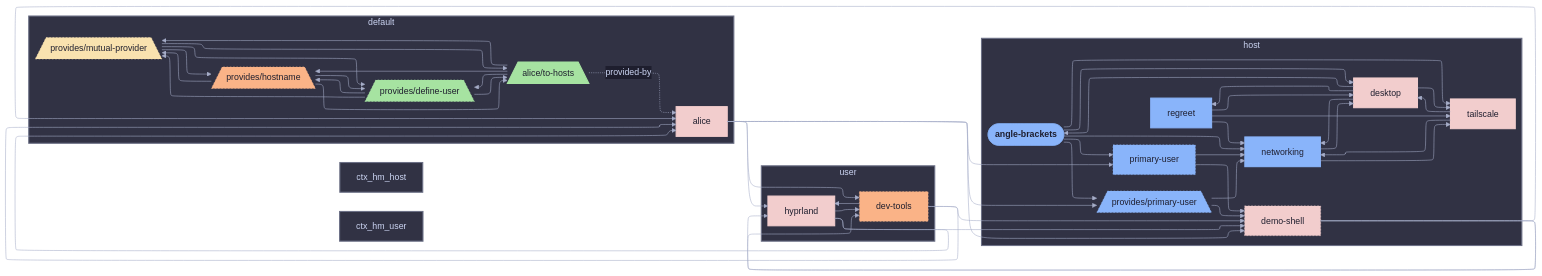
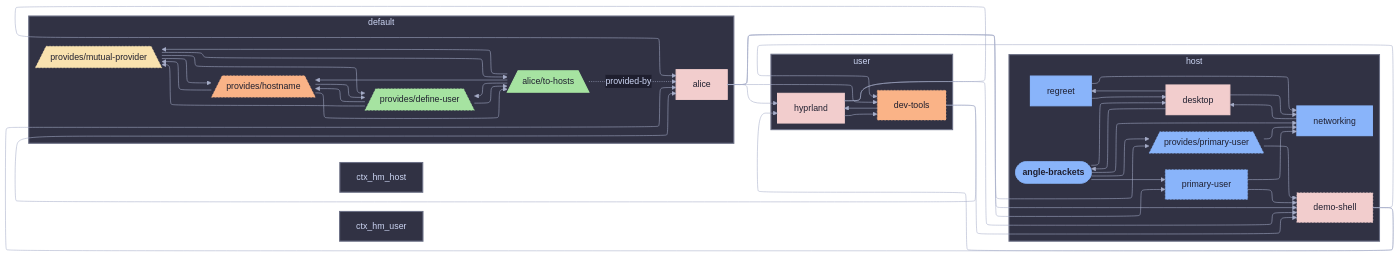
The diagram in templates/diag-fx-demo/diagrams/angle-brackets-class-hm.md (sini/den), drawn with Mermaid before and after one commit. The commit also changed 526 other files, not shown here.

Commit message:
chore: update fx diagrams

```diff
--- a/templates/diag-fx-demo/diagrams/angle-brackets-class-hm.md
+++ b/templates/diag-fx-demo/diagrams/angle-brackets-class-hm.md
@@ -13,25 +13,18 @@
   primary_user["primary-user"]:::primary_user_c
   den__provides__primary_user[/"provides/primary-user"\]:::den__provides__primary_user_c
   regreet["regreet"]:::regreet_c
-  tailscale["tailscale"]:::tailscale_c
   angle_brackets --> desktop
   angle_brackets --> networking
-  angle_brackets --> tailscale
   angle_brackets --> primary_user
   angle_brackets --> den__provides__primary_user
   den__provides__primary_user --> demo_shell
   den__provides__primary_user --> networking
   desktop --> angle_brackets
   desktop --> networking
-  desktop --> tailscale
   desktop --> regreet
   networking --> desktop
   regreet --> desktop
-  tailscale --> desktop
   regreet --> networking
-  tailscale --> networking
-  networking --> tailscale
-  regreet --> tailscale
   primary_user --> demo_shell
   primary_user --> networking
   end
@@ -90,7 +83,6 @@
   classDef primary_user_c fill:#89b4fa,stroke:#89b4fa,color:#1e1e2e,stroke-dasharray: 3 3,stroke-width:1px
   classDef den__provides__primary_user_c fill:#89b4fa,stroke:#89b4fa,color:#1e1e2e,stroke-dasharray: 3 3,stroke-width:1px
   classDef regreet_c fill:#89b4fa,stroke:#89b4fa,color:#1e1e2e,stroke-width:2px
-  classDef tailscale_c fill:#f2cdcd,stroke:#f2cdcd,color:#1e1e2e,stroke-width:2px
   classDef alice__to_hosts_c fill:#a6e3a1,stroke:#a6e3a1,color:#1e1e2e,stroke-width:2px
 style ctx_host fill:#313244,stroke:#6c7086,stroke-width:2px
 style ctx_default fill:#313244,stroke:#6c7086,stroke-width:2px
```
